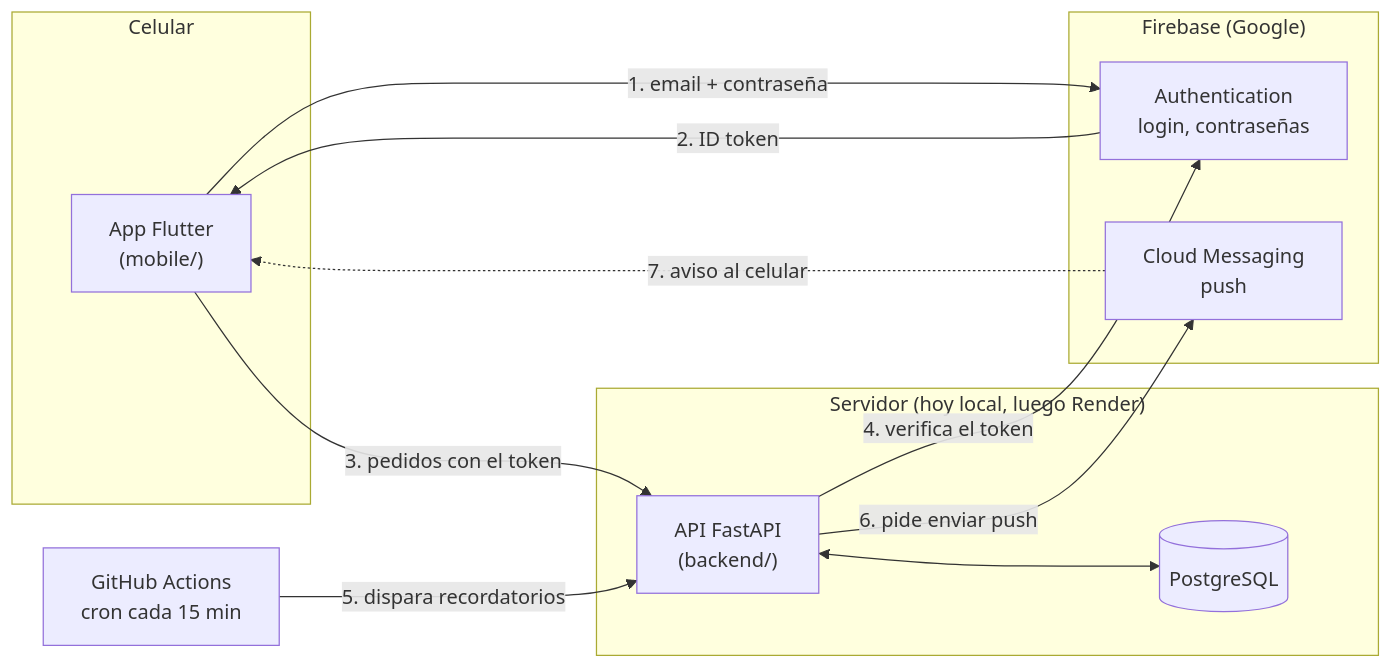
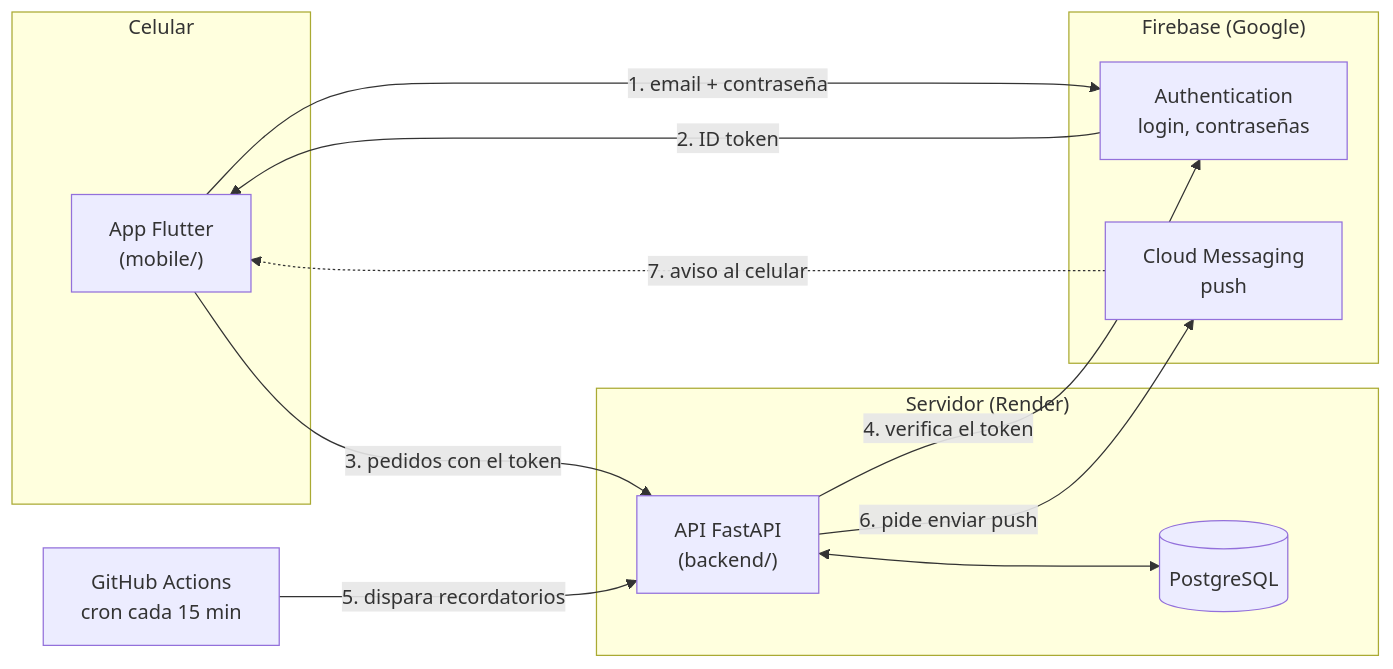
The first of 5 diagrams in docs/GUIA-DEL-CODIGO.md (Martiherenu1/ClubMartinianoHerenu), drawn with Mermaid before and after one commit. The commit also changed other lines of this file and 3 other files, not shown here.

````diff
--- a/docs/GUIA-DEL-CODIGO.md
+++ b/docs/GUIA-DEL-CODIGO.md
@@ -89,24 +89,24 @@
 ```mermaid
 flowchart LR
     subgraph Celular
       APP["App Flutter<br/>(mobile/)"]
     end
     subgraph Firebase["Firebase (Google)"]
       AUTH["Authentication<br/>login, contraseñas"]
       FCM["Cloud Messaging<br/>push"]
     end
-    subgraph Nube["Servidor (hoy local, luego Render)"]
+    subgraph Nube["Servidor (Render)"]
       API["API FastAPI<br/>(backend/)"]
       DB[("PostgreSQL")]
     end
     CRON["GitHub Actions<br/>cron cada 15 min"]
 
     APP -- "1. email + contraseña" --> AUTH
     AUTH -- "2. ID token" --> APP
     APP -- "3. pedidos con el token" --> API
     API -- "4. verifica el token" --> AUTH
     API <--> DB
     CRON -- "5. dispara recordatorios" --> API
     API -- "6. pide enviar push" --> FCM
     FCM -. "7. aviso al celular" .-> APP
 ```
````
